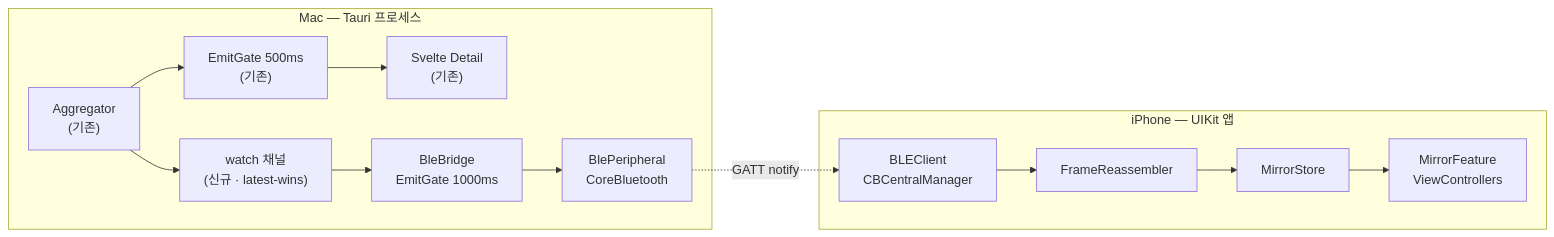
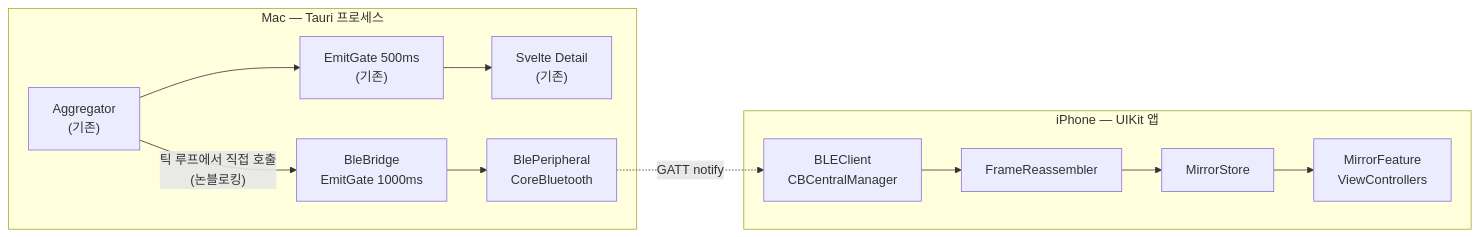
Before and after one commit to manaes/AIAgentMonitor: the diagram in docs/superpowers/specs/2026-08-18-ble-ios-mirror-design.md, drawn with Mermaid. The commit also changed other lines of this file and 1 other file, not shown here.

````diff
--- a/docs/superpowers/specs/2026-08-18-ble-ios-mirror-design.md
+++ b/docs/superpowers/specs/2026-08-18-ble-ios-mirror-design.md
@@ -30,21 +30,20 @@
 ```mermaid
 graph LR
     subgraph Mac["Mac — Tauri 프로세스"]
         Agg["Aggregator<br/>(기존)"]
         Gate1["EmitGate 500ms<br/>(기존)"]
         FE["Svelte Detail<br/>(기존)"]
-        Watch["watch 채널<br/>(신규 · latest-wins)"]
         Bridge["BleBridge<br/>EmitGate 1000ms"]
         Periph["BlePeripheral<br/>CoreBluetooth"]
     end
     subgraph Phone["iPhone — UIKit 앱"]
         Client["BLEClient<br/>CBCentralManager"]
         Reasm["FrameReassembler"]
         Store["MirrorStore"]
         UI["MirrorFeature<br/>ViewControllers"]
     end
 
     Agg --> Gate1 --> FE
-    Agg --> Watch --> Bridge --> Periph
+    Agg -->|"틱 루프에서 직접 호출<br/>(논블로킹)"| Bridge --> Periph
     Periph -.->|"GATT notify"| Client --> Reasm --> Store --> UI
 ```
````
